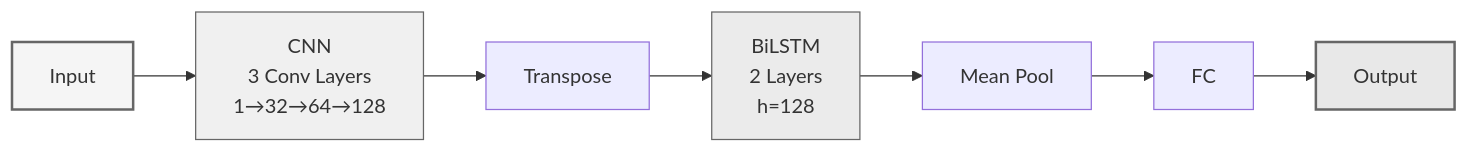
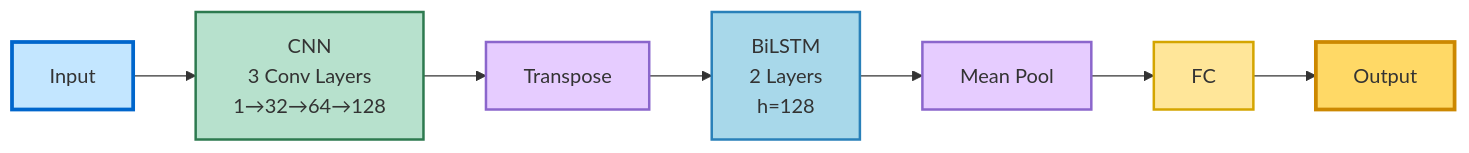
One commit to soroosh-tanzadeh/rotary-insight changed the eighth of 13 diagrams in models/MODEL_ARCHITECTURES.md. Above: the diagram before and after it, drawn with Mermaid. The commit also changed other lines of this file and 5 other files, not shown here.

````diff
--- a/models/MODEL_ARCHITECTURES.md
+++ b/models/MODEL_ARCHITECTURES.md
@@ -470,11 +501,14 @@
 ```mermaid
 graph LR
     A[Input] --> B[CNN<br/>3 Conv Layers<br/>1→32→64→128]
     B --> C[Transpose]
     C --> D[BiLSTM<br/>2 Layers<br/>h=128]
     D --> E[Mean Pool] --> F[FC] --> G[Output]
-    style A fill:#f5f5f5,stroke:#666,stroke-width:2px
-    style G fill:#e8e8e8,stroke:#666,stroke-width:2px
-    style B fill:#f0f0f0,stroke:#666
-    style D fill:#ebebeb,stroke:#666
+    style A fill:#c3e6ff,stroke:#0066cc,stroke-width:3px
+    style B fill:#b7e1cd,stroke:#2d7a4f,stroke-width:2px
+    style C fill:#e6ccff,stroke:#8b66cc,stroke-width:2px
+    style D fill:#a8d8ea,stroke:#2980b9,stroke-width:2px
+    style E fill:#e6ccff,stroke:#8b66cc,stroke-width:2px
+    style F fill:#ffe699,stroke:#d4a500,stroke-width:2px
+    style G fill:#ffd966,stroke:#cc8800,stroke-width:3px
 ```
````
